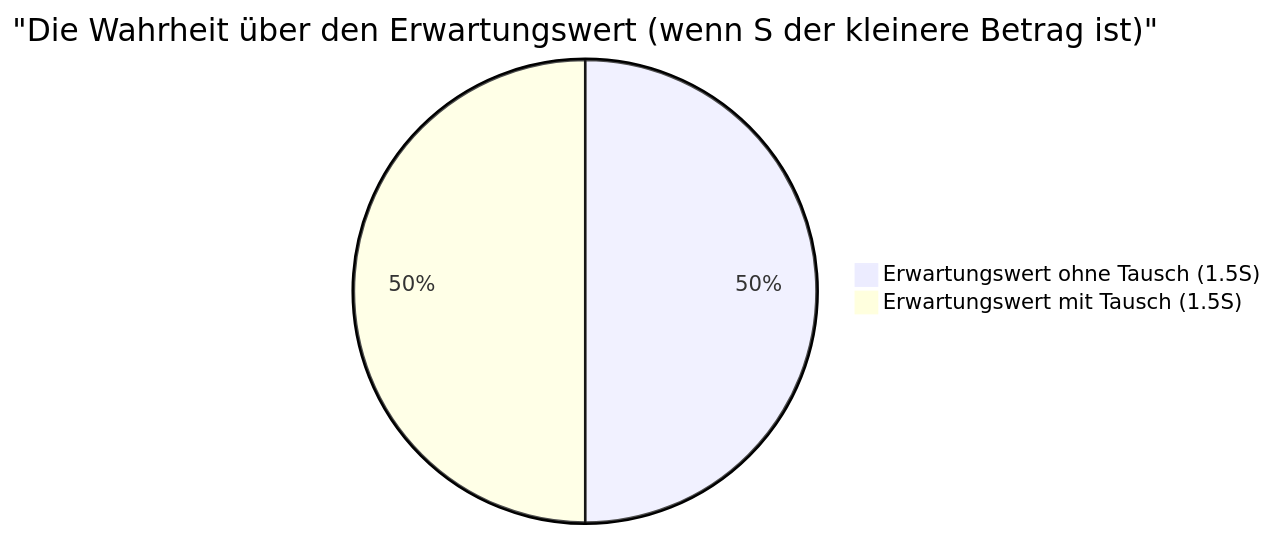
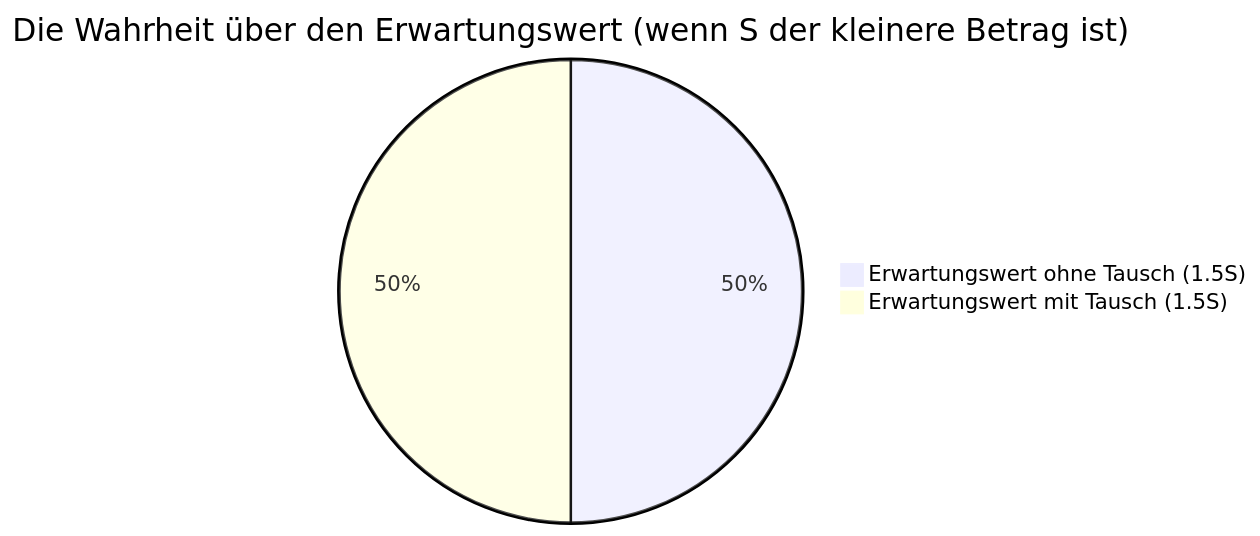
The second of 2 diagrams in content/post/2つの封筒のパラドックス/index.de.md (kenjinote/blog), drawn with Mermaid before and after one commit. The commit also changed other lines of this file and 703 other files, not shown here.

Commit message:
Fix: Remove quotes from Mermaid link texts and timeline definitions to support Mermaid 11.4.1

````diff
--- a/content/post/2つの封筒のパラドックス/index.de.md
+++ b/content/post/2つの封筒のパラドックス/index.de.md
@@ -113,5 +113,5 @@
 ```mermaid
-pie title "Die Wahrheit über den Erwartungswert (wenn S der kleinere Betrag ist)"
+pie title Die Wahrheit über den Erwartungswert (wenn S der kleinere Betrag ist)
     "Erwartungswert ohne Tausch (1.5S)" : 50
     "Erwartungswert mit Tausch (1.5S)" : 50
 ```
````
